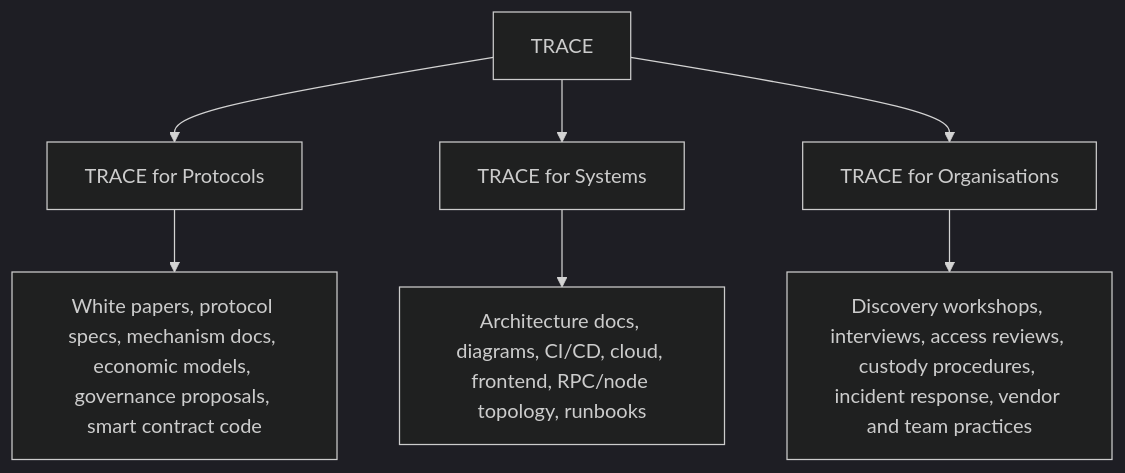
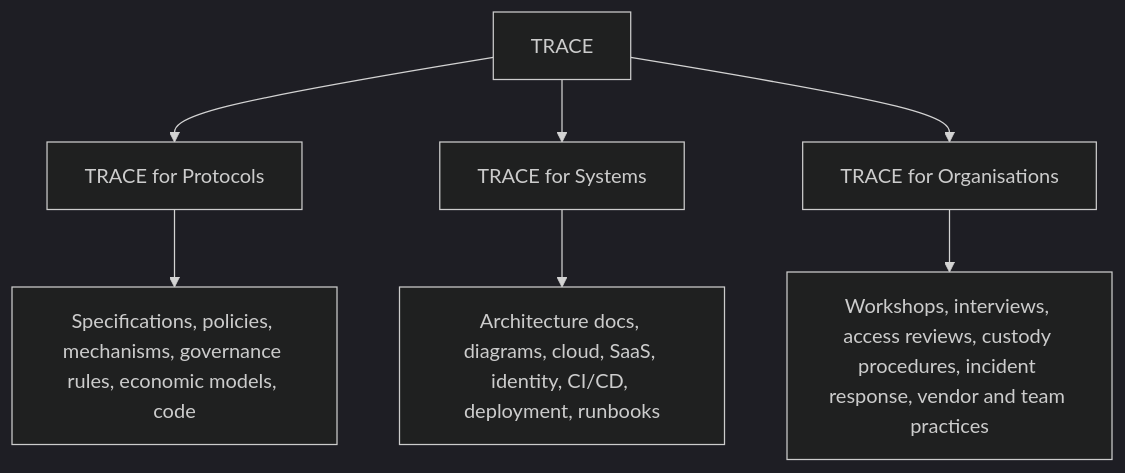
The second of 3 diagrams in METHODOLOGY.md (oak-security/TRACE), drawn with Mermaid (dark theme) before and after one commit. The commit also changed other lines of this file and 6 other files, not shown here.

````diff
--- a/METHODOLOGY.md
+++ b/METHODOLOGY.md
@@ -51,11 +61,11 @@
 ```mermaid
 flowchart TD
     TRACE["TRACE"]
     TRACE --> Protocols["TRACE for Protocols"]
     TRACE --> Systems["TRACE for Systems"]
     TRACE --> Organisations["TRACE for Organisations"]
 
-    Protocols --> PInputs["White papers, protocol specs, mechanism docs, economic models, governance proposals, smart contract code"]
-    Systems --> SInputs["Architecture docs, diagrams, CI/CD, cloud, frontend, RPC/node topology, runbooks"]
-    Organisations --> OInputs["Discovery workshops, interviews, access reviews, custody procedures, incident response, vendor and team practices"]
+    Protocols --> PInputs["Specifications, policies, mechanisms, governance rules, economic models, code"]
+    Systems --> SInputs["Architecture docs, diagrams, cloud, SaaS, identity, CI/CD, deployment, runbooks"]
+    Organisations --> OInputs["Workshops, interviews, access reviews, custody procedures, incident response, vendor and team practices"]
 ```
````
